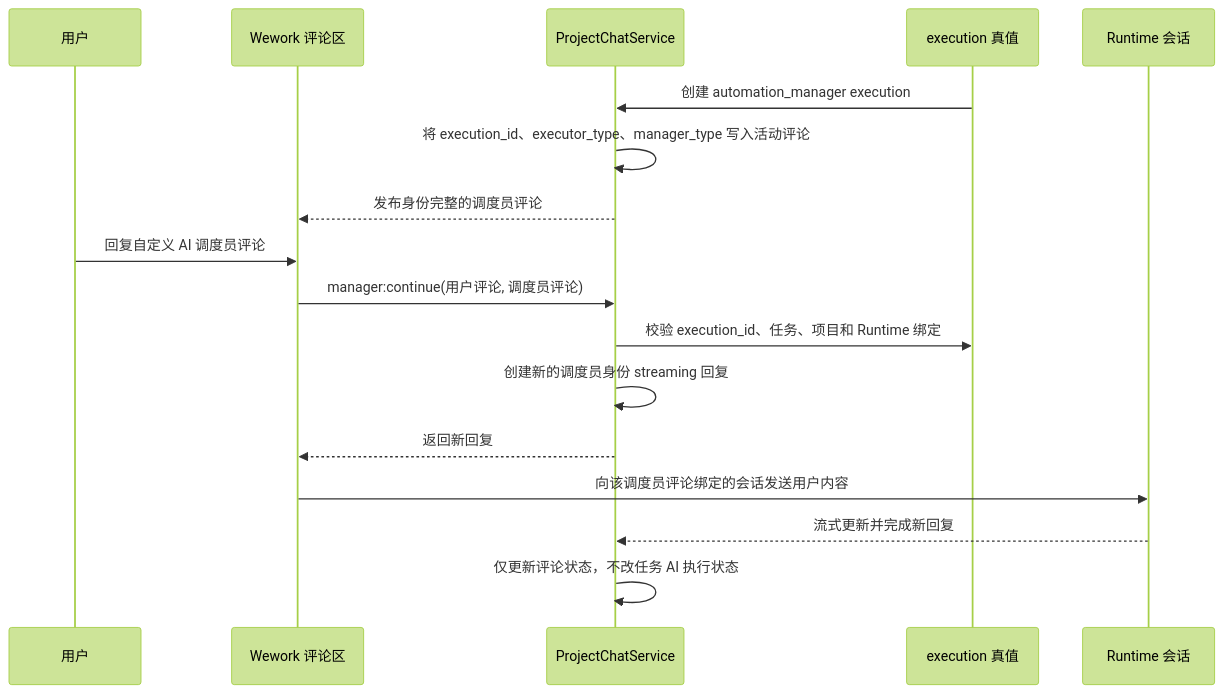
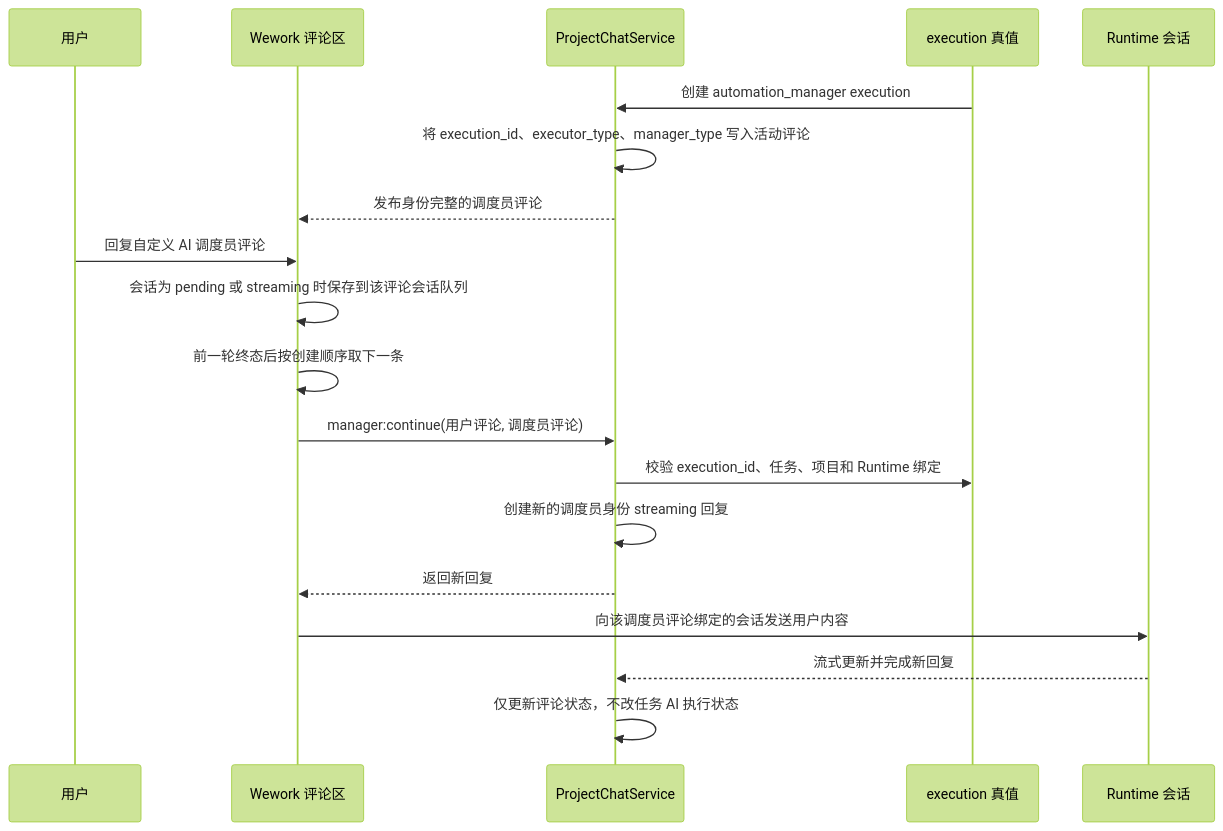
The second of 2 diagrams in i18n/zh/docusaurus-plugin-content-docs/current/architecture/automation-manager-continuation.md (wecode-ai/wegent-docs), drawn with Mermaid (forest theme) before and after one commit. The commit also changed other lines of this file and 3 other files, not shown here.

````diff
--- a/i18n/zh/docusaurus-plugin-content-docs/current/architecture/automation-manager-continuation.md
+++ b/i18n/zh/docusaurus-plugin-content-docs/current/architecture/automation-manager-continuation.md
@@ -21,20 +22,22 @@
 ```mermaid
 sequenceDiagram
     participant U as 用户
     participant W as Wework 评论区
     participant C as ProjectChatService
     participant X as execution 真值
     participant R as Runtime 会话
 
     X->>C: 创建 automation_manager execution
     C->>C: 将 execution_id、executor_type、manager_type 写入活动评论
     C-->>W: 发布身份完整的调度员评论
     U->>W: 回复自定义 AI 调度员评论
+    W->>W: 会话为 pending 或 streaming 时保存到该评论会话队列
+    W->>W: 前一轮终态后按创建顺序取下一条
     W->>C: manager:continue(用户评论, 调度员评论)
     C->>X: 校验 execution_id、任务、项目和 Runtime 绑定
     C->>C: 创建新的调度员身份 streaming 回复
     C-->>W: 返回新回复
     W->>R: 向该调度员评论绑定的会话发送用户内容
     R-->>C: 流式更新并完成新回复
     C->>C: 仅更新评论状态，不改任务 AI 执行状态
 ```
````
